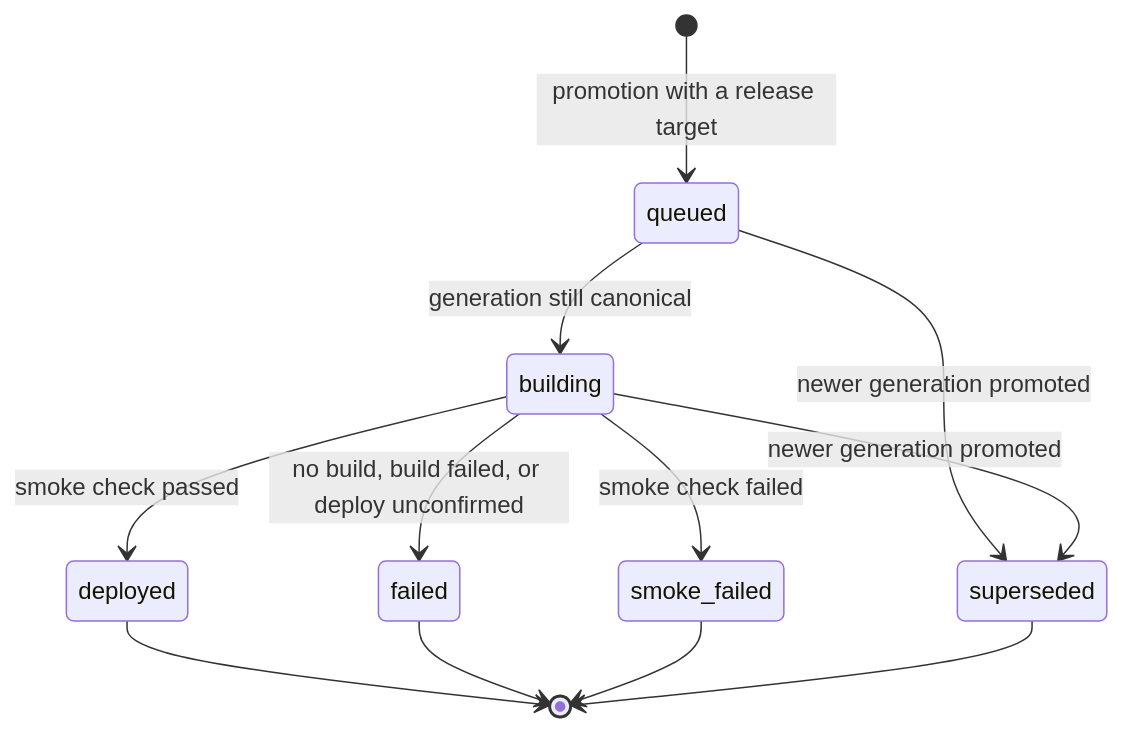
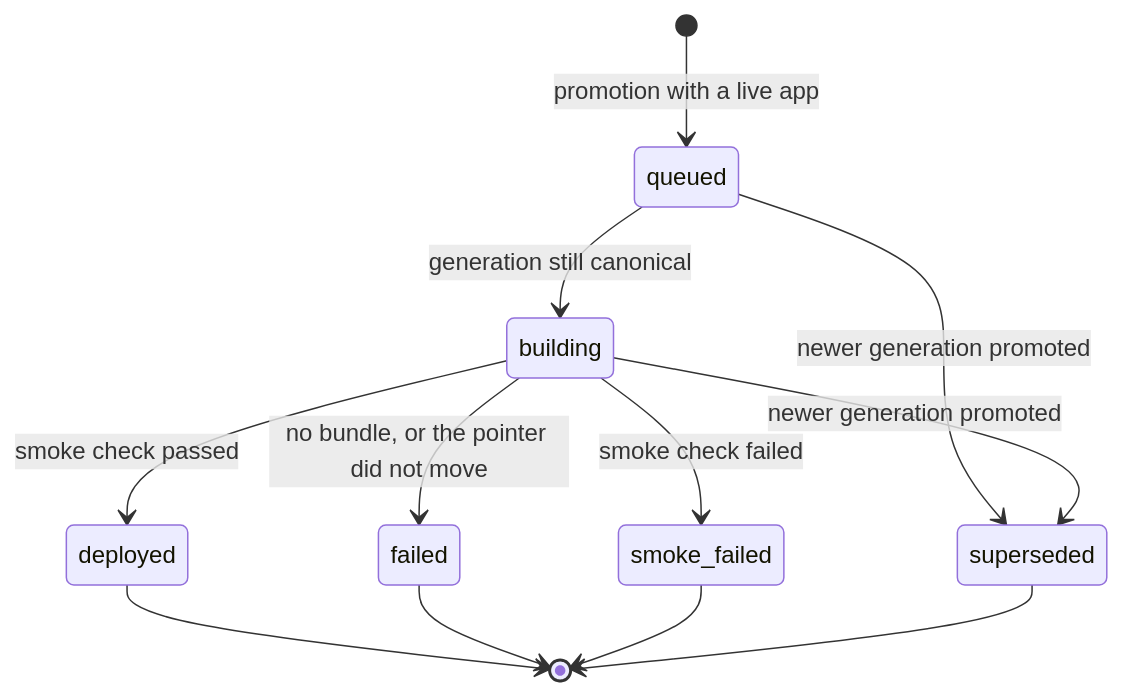
Before and after one commit to nsudhanva/rhumbatron: the seventh of 7 diagrams in docs/architecture/change-lifecycle.md, drawn with Mermaid. The commit also changed other lines of this file and 16 other files, not shown here.

Commit message:
docs(docs): state live app as the only release path and delete adr 0018

````diff
--- a/docs/architecture/change-lifecycle.md
+++ b/docs/architecture/change-lifecycle.md
@@ -258,14 +258,14 @@
 ```mermaid
 stateDiagram-v2
-  [*] --> queued: promotion with a release target
+  [*] --> queued: promotion with a live app
   queued --> building: generation still canonical
   queued --> superseded: newer generation promoted
   building --> superseded: newer generation promoted
-  building --> failed: no build, build failed, or deploy unconfirmed
+  building --> failed: no bundle, or the pointer did not move
   building --> deployed: smoke check passed
   building --> smoke_failed: smoke check failed
   deployed --> [*]
   failed --> [*]
   smoke_failed --> [*]
   superseded --> [*]
 ```
````
